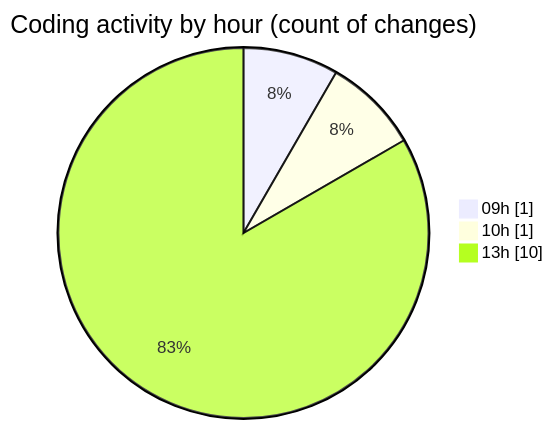
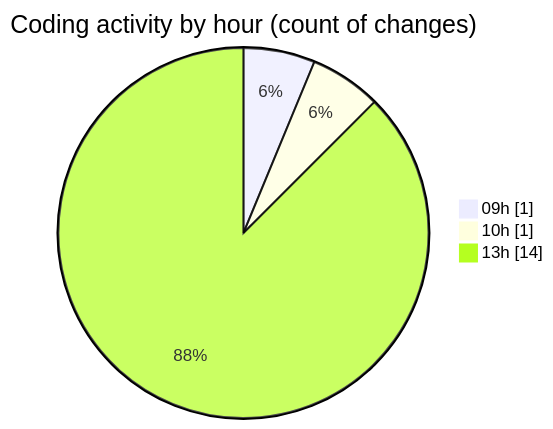
The second of 2 diagrams in 2025-06-03/totem/README.md (LanceThiago/code-tracking), drawn with Mermaid before and after one commit. The commit also changed other lines of this file and 1 other file, not shown here.

````diff
--- a/2025-06-03/totem/README.md
+++ b/2025-06-03/totem/README.md
@@ -32,7 +34,7 @@
 ```mermaid
 pie showData
 title Coding activity by hour (count of changes)
 "09h" : 1
 "10h" : 1
-"13h" : 10
+"13h" : 14
 ```
````
